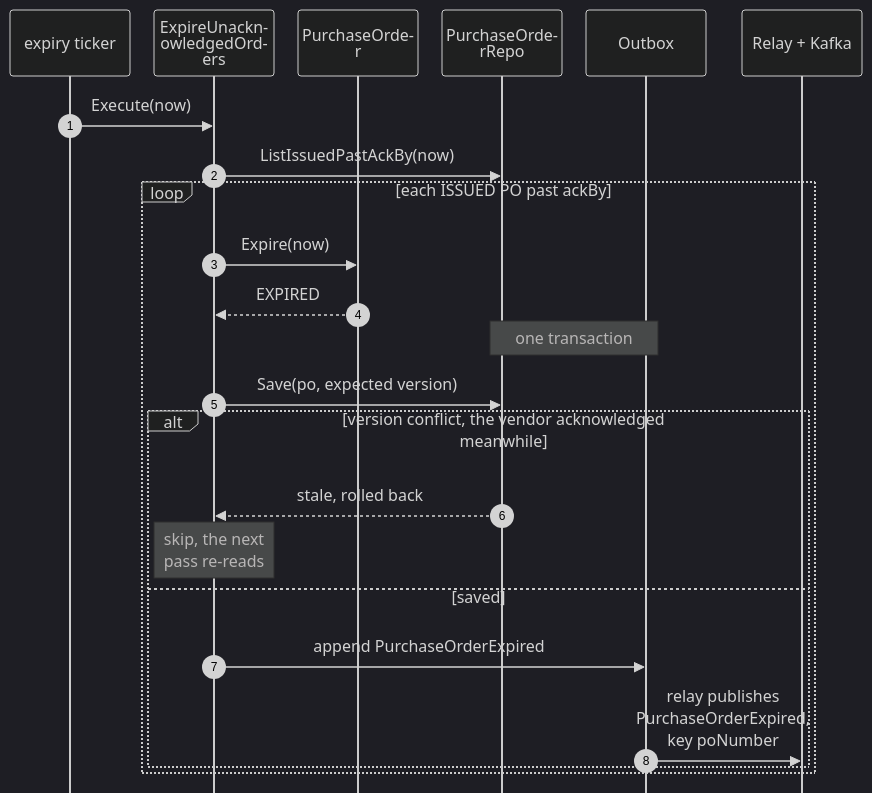
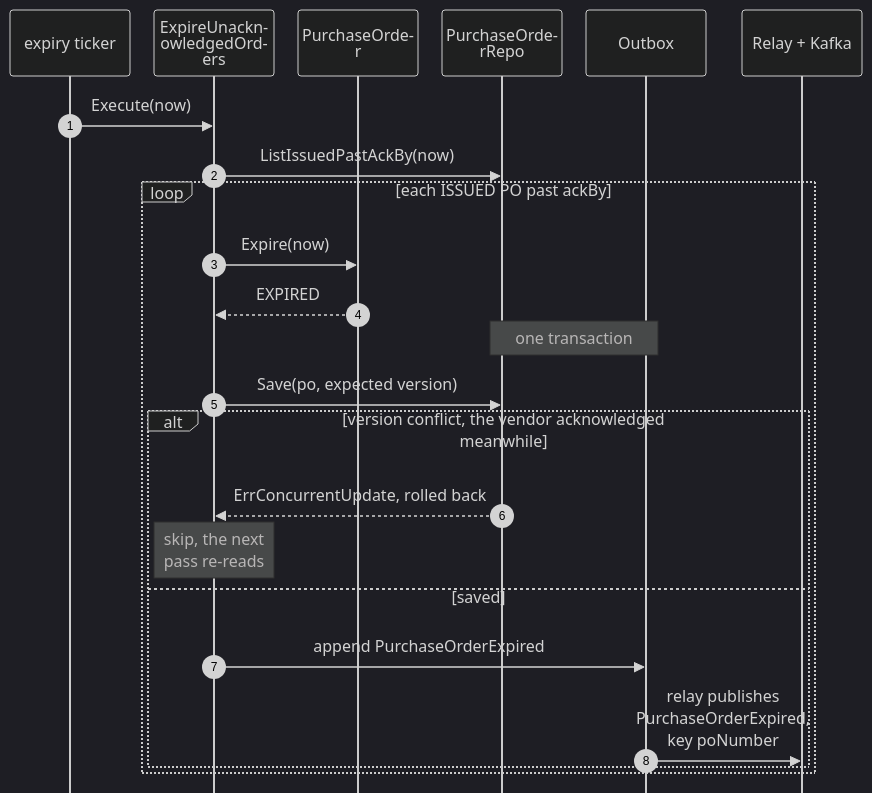
The seventh of 10 diagrams in network/docs/contexts/vendor-connectivity/sequence-diagrams.md (IQVO/warehouse-docs), drawn with Mermaid (dark theme) before and after one commit. The commit also changed other lines of this file and 7 other files, not shown here.

````diff
--- a/network/docs/contexts/vendor-connectivity/sequence-diagrams.md
+++ b/network/docs/contexts/vendor-connectivity/sequence-diagrams.md
@@ -311,26 +317,26 @@
 ```mermaid
 %%{init: {"sequence": {"wrap": true, "width": 120, "actorMargin": 24, "messageMargin": 28, "boxMargin": 6, "noteMargin": 6, "mirrorActors": false}}}%%
 sequenceDiagram
     autonumber
     participant T as expiry ticker
     participant UC as ExpireUnacknowledgedOrders
     participant A as PurchaseOrder
     participant R as PurchaseOrderRepo
     participant OB as Outbox
     participant K as Relay + Kafka
     T->>UC: Execute(now)
     UC->>R: ListIssuedPastAckBy(now)
     loop each ISSUED PO past ackBy
         UC->>A: Expire(now)
         A-->>UC: EXPIRED
         Note over R,OB: one transaction
         UC->>R: Save(po, expected version)
         alt version conflict, the vendor acknowledged meanwhile
-            R-->>UC: stale, rolled back
+            R-->>UC: ErrConcurrentUpdate, rolled back
             Note over UC: skip, the next pass re-reads
         else saved
             UC->>OB: append PurchaseOrderExpired
             OB->>K: relay publishes PurchaseOrderExpired, key poNumber
         end
     end
 ```
````
